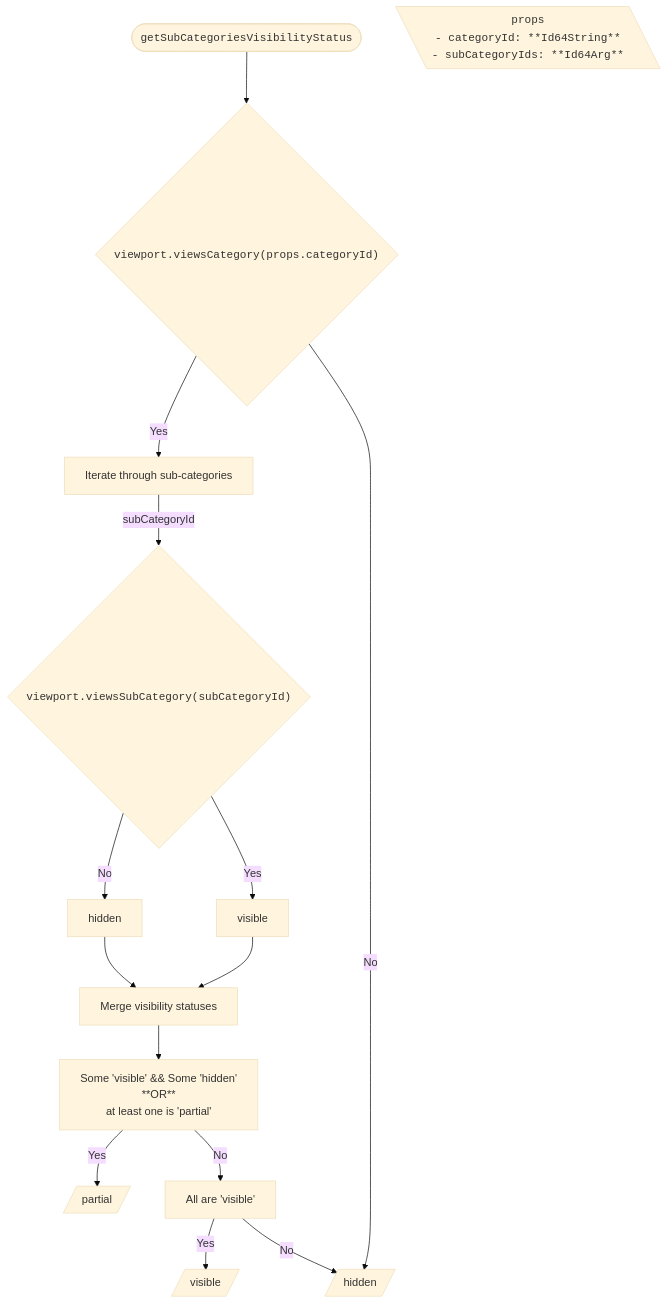
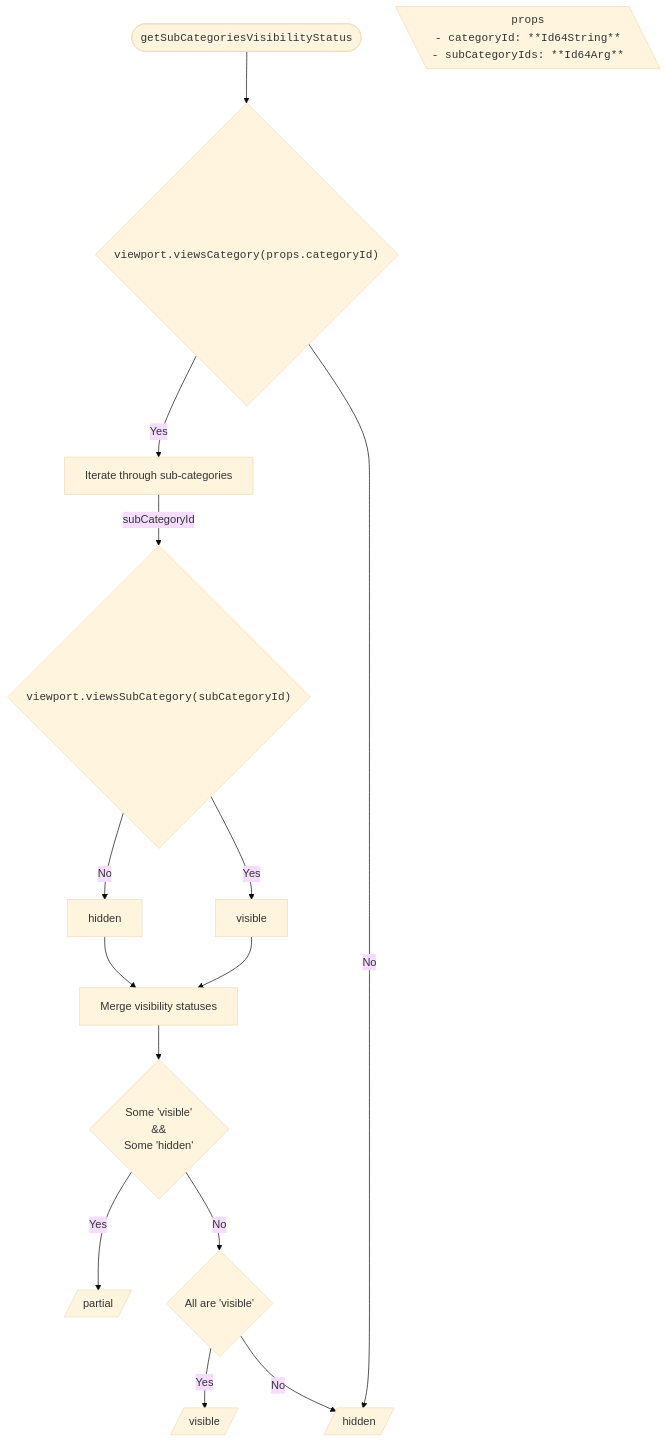
Before and after one commit to iTwin/viewer-components-react: the first of 6 diagrams in packages/itwin/tree-widget/docs/SharedVisibilityHandling.md, drawn with Mermaid (base theme). The commit also changed other lines of this file, not shown here.

````diff
--- a/packages/itwin/tree-widget/docs/SharedVisibilityHandling.md
+++ b/packages/itwin/tree-widget/docs/SharedVisibilityHandling.md
@@ -23,44 +23,44 @@
 ```mermaid
 ---
 config:
   flowchart:
     wrappingWidth: 750
     useMaxWidth: false
 ---
 
 flowchart TD
   RESULT_Partial[/partial/]
   RESULT_Visible[/visible/]
   RESULT_Hidden[/hidden/]
 
   %% Start
   TITLE(["<code>getSubCategoriesVisibilityStatus</code>"]) --> A{"<code>viewport.viewsCategory(props.categoryId)</code>"}
 
   PROPS[\"
     <code>props</code>
     <code style='text-align: left;'>- categoryId: **Id64String**<br/> - subCategoryIds: **Id64Arg**</code>
   "\]
 
   %% Branch No
   A -- No --> RESULT_Hidden
 
   %% Branch Yes
   A -- Yes --> B["Iterate through sub-categories"]
   B -- subCategoryId --> C{"<code>viewport.viewsSubCategory(subCategoryId)</code>"}
   C -- Yes -->  D1[visible]
   C -- No -->  D2[hidden]
 
   %% Merge
   D1 --> M[Merge visibility statuses]
   D2 --> M
 
-  M --> N[Some 'visible' && Some 'hidden' <br/> **OR** <br/> at least one is 'partial']
+  M --> N{Some 'visible' <br/> && <br/> Some 'hidden'}
 
   %% Results
   N -- Yes --> RESULT_Partial
 
-  N -- No --> O[All are 'visible']
+  N -- No --> O{All are 'visible'}
 
   O -- Yes --> RESULT_Visible
   O -- No --> RESULT_Hidden
 ```
````
